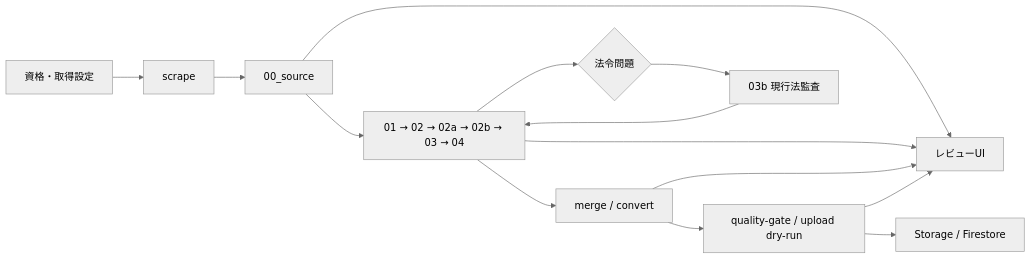
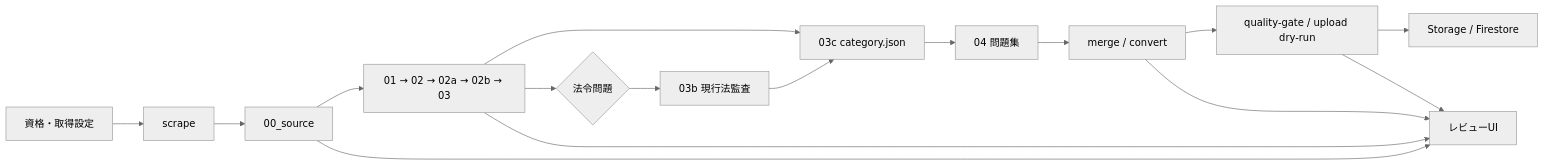
One commit to yuki-mats/exam_scraper changed the diagram in document/operations/exam_pipeline_manual_and_automation.md. Above: the diagram before and after it, drawn with Mermaid (neutral theme). The commit also changed other lines of this file and 18 other files, not shown here.

````diff
--- a/document/operations/exam_pipeline_manual_and_automation.md
+++ b/document/operations/exam_pipeline_manual_and_automation.md
@@ -7,18 +7,20 @@
 ```mermaid
 flowchart LR
   Setup["資格・取得設定"] --> Scrape["scrape"]
   Scrape --> Source["00_source"]
-  Source --> Review["01 → 02 → 02a → 02b → 03 → 04"]
-  Review --> Merge["merge / convert"]
+  Source --> Review["01 → 02 → 02a → 02b → 03"]
+  Review --> Category["03c category.json"]
+  Category --> QuestionSet["04 問題集"]
+  QuestionSet --> Merge["merge / convert"]
   Merge --> Gate["quality-gate / upload dry-run"]
   Gate --> Publish["Storage / Firestore"]
 
   Review --> Law{"法令問題"}
   Law --> Audit["03b 現行法監査"]
-  Audit --> Review
+  Audit --> Category
 
   Source --> Console["レビューUI"]
   Review --> Console
   Merge --> Console
   Gate --> Console
 ```
````
